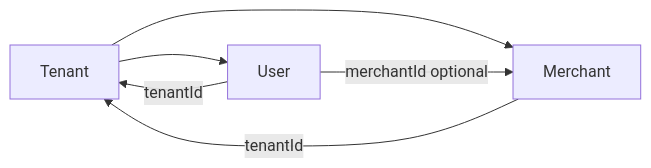
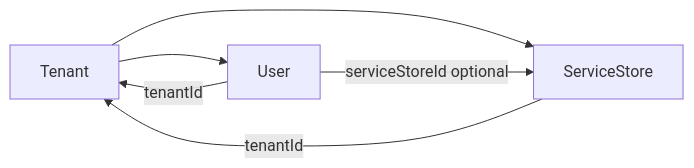
One commit to plc-r-dev/autohub changed the second of 4 diagrams in docs/architecture/tenant.md. Above: the diagram before and after it, drawn with Mermaid. The commit also changed other lines of this file and 286 other files, not shown here.

First line of the commit message:
refactor: complete merchant-to-ServiceStore rename and customer LIFF restructure

````diff
--- a/docs/architecture/tenant.md
+++ b/docs/architecture/tenant.md
@@ -58,8 +58,8 @@
 ```mermaid
 flowchart LR
   T[Tenant] --> U[User]
-  T --> M[Merchant]
+  T --> M[ServiceStore]
   U -->|tenantId| T
-  U -->|merchantId optional| M
+  U -->|serviceStoreId optional| M
   M -->|tenantId| T
 ```
````
